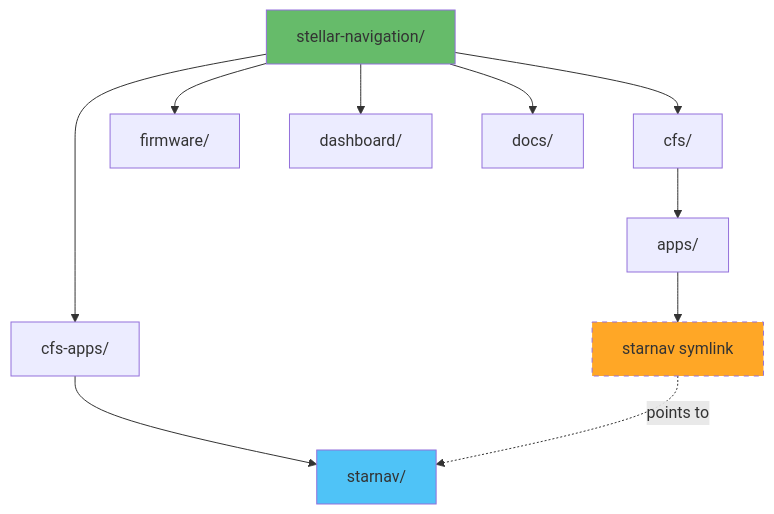
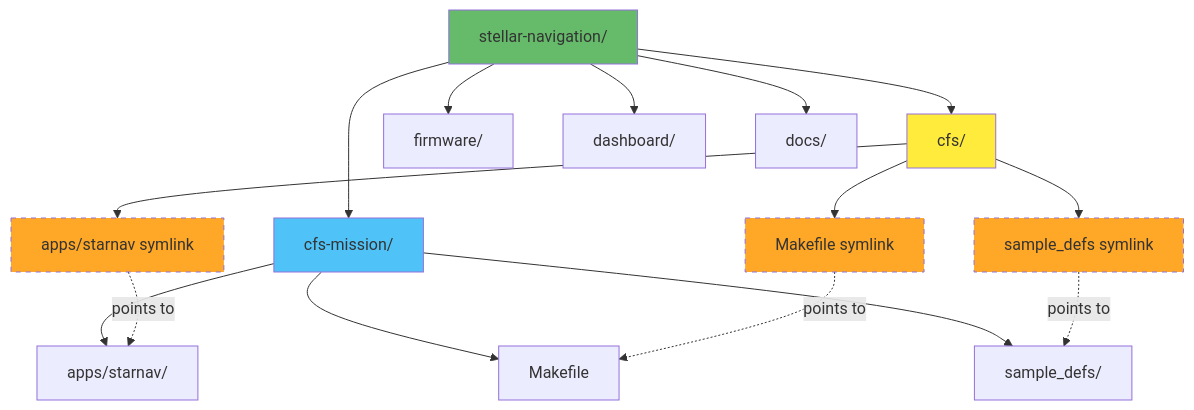
One commit to rghsoftware/stellar-navigation changed the diagram in docs/components/cfs-integration.md. Above: the diagram before and after it, drawn with Mermaid. The commit also changed other lines of this file and 26 other files, not shown here.

First line of the commit message:
Restructure: move build config and apps to cfs-mission directory

````diff
--- a/docs/components/cfs-integration.md
+++ b/docs/components/cfs-integration.md
@@ -32,18 +32,27 @@
 ```mermaid
 graph TD
-    A[stellar-navigation/] --> B[cfs-apps/]
+    A[stellar-navigation/] --> B[cfs-mission/]
     A --> C[cfs/]
     A --> D[firmware/]
     A --> E[dashboard/]
     A --> F[docs/]
     
-    B --> G[starnav/]
-    C --> H[apps/]
-    H --> I[starnav symlink]
+    B --> G[apps/starnav/]
+    B --> H[Makefile]
+    B --> I[sample_defs/]
     
-    I -.->|points to| G
+    C --> J[Makefile symlink]
+    C --> K[sample_defs symlink]
+    C --> L[apps/starnav symlink]
+    
+    J -.->|points to| H
+    K -.->|points to| I
+    L -.->|points to| G
     
     style A fill:#66bb6a
-    style G fill:#4fc3f7
-    style I fill:#ffa726,stroke-dasharray: 5 5
+    style B fill:#4fc3f7
+    style C fill:#ffeb3b
+    style J fill:#ffa726,stroke-dasharray: 5 5
+    style K fill:#ffa726,stroke-dasharray: 5 5
+    style L fill:#ffa726,stroke-dasharray: 5 5
 ```
````
